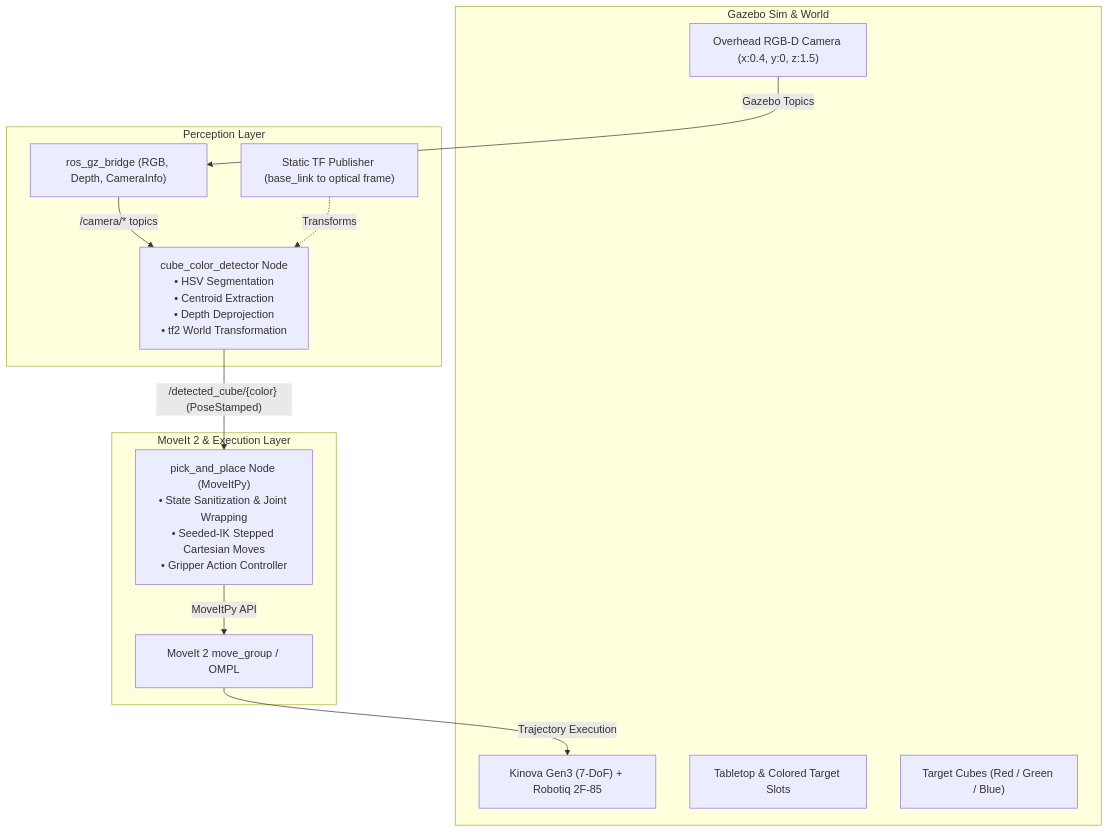
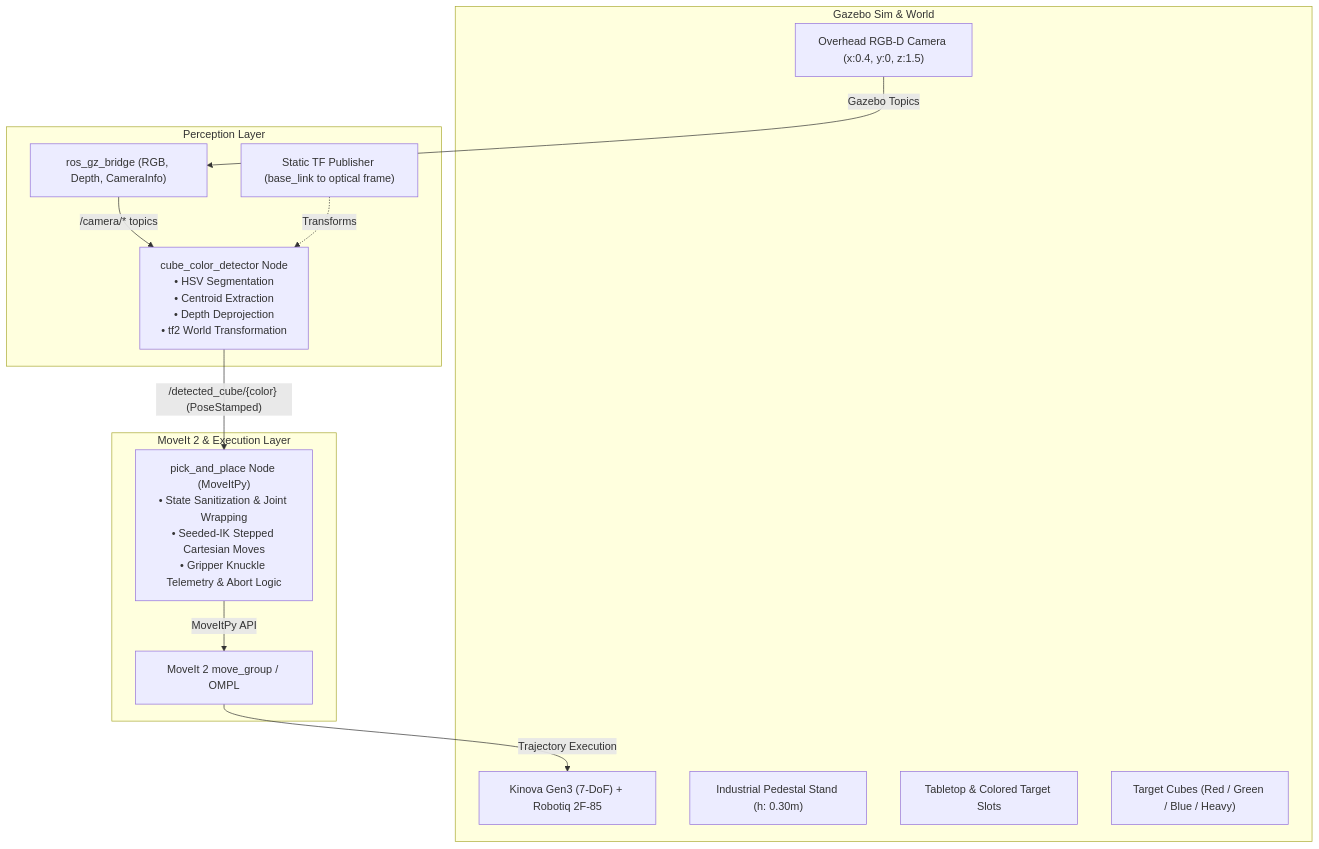
One commit to MadheshBS/Kinova_scripts changed the diagram in README.md. Above: the diagram before and after it, drawn with Mermaid. The commit also changed other lines of this file and 8 other files, not shown here.

Commit message:
docs: update README with motor architecture, payload math, and add final report and presentation assets

````diff
--- a/README.md
+++ b/README.md
@@ -36,27 +40,28 @@
 ```mermaid
 flowchart TD
     subgraph Gazebo_Sim["Gazebo Sim & World"]
         GZ_Robot["Kinova Gen3 (7-DoF) + Robotiq 2F-85"]
+        GZ_Pedestal["Industrial Pedestal Stand (h: 0.30m)"]
         GZ_Camera["Overhead RGB-D Camera (x:0.4, y:0, z:1.5)"]
         GZ_Table["Tabletop & Colored Target Slots"]
-        GZ_Cubes["Target Cubes (Red / Green / Blue)"]
+        GZ_Cubes["Target Cubes (Red / Green / Blue / Heavy)"]
     end
 
     subgraph Perception["Perception Layer"]
         Bridge["ros_gz_bridge (RGB, Depth, CameraInfo)"]
         TF["Static TF Publisher (base_link to optical frame)"]
         Detector["cube_color_detector Node<br/>• HSV Segmentation<br/>• Centroid Extraction<br/>• Depth Deprojection<br/>• tf2 World Transformation"]
     end
 
     subgraph Motion_Planning["MoveIt 2 & Execution Layer"]
         MoveGroup["MoveIt 2 move_group / OMPL"]
-        PickNode["pick_and_place Node (MoveItPy)<br/>• State Sanitization & Joint Wrapping<br/>• Seeded-IK Stepped Cartesian Moves<br/>• Gripper Action Controller"]
+        PickNode["pick_and_place Node (MoveItPy)<br/>• State Sanitization & Joint Wrapping<br/>• Seeded-IK Stepped Cartesian Moves<br/>• Gripper Knuckle Telemetry & Abort Logic"]
     end
 
     GZ_Camera -->|"Gazebo Topics"| Bridge
     Bridge -->|"/camera/* topics"| Detector
     TF -.->|"Transforms"| Detector
     Detector -->|"/detected_cube/{color} (PoseStamped)"| PickNode
     PickNode -->|"MoveItPy API"| MoveGroup
     MoveGroup -->|"Trajectory Execution"| GZ_Robot
 ```
````
